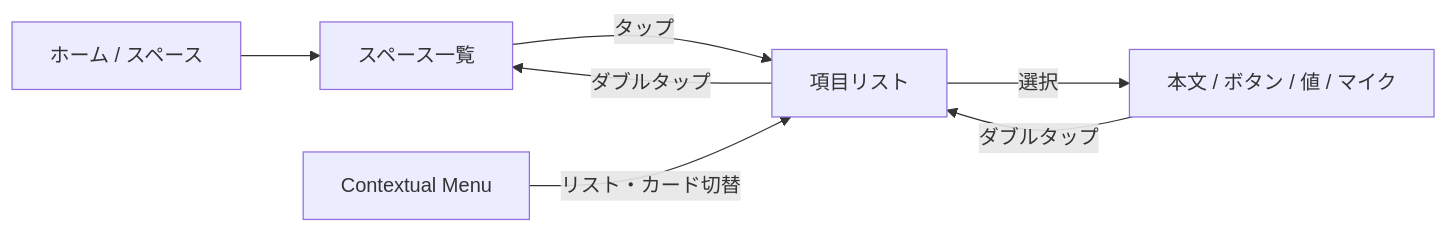
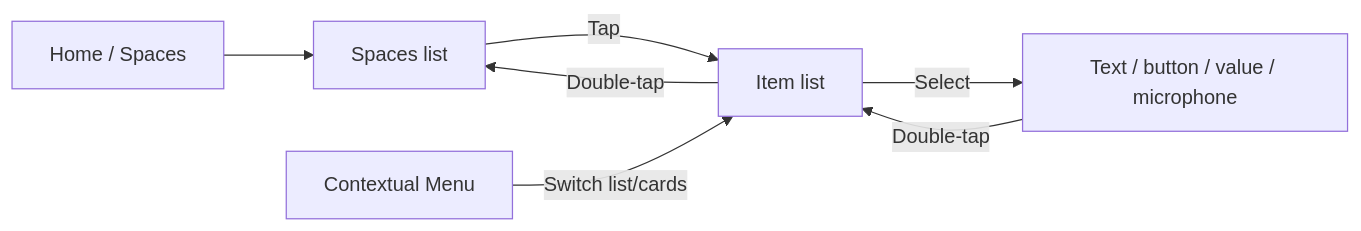
The third of 3 diagrams in docs/relay-setup.md (3mintimer/muse-relay), drawn with Mermaid before and after one commit. The commit also changed other lines of this file and 49 other files, not shown here.

````diff
--- a/docs/relay-setup.md
+++ b/docs/relay-setup.md
@@ -185,9 +187,9 @@
 ```mermaid
 flowchart LR
-  A[ホーム / スペース] --> B[スペース一覧]
-  B -->|タップ| C[項目リスト]
-  C -->|選択| D[本文 / ボタン / 値 / マイク]
-  D -->|ダブルタップ| C
-  C -->|ダブルタップ| B
-  M[Contextual Menu] -->|リスト・カード切替| C
+  A[Home / Spaces] --> B[Spaces list]
+  B -->|Tap| C[Item list]
+  C -->|Select| D[Text / button / value / microphone]
+  D -->|Double-tap| C
+  C -->|Double-tap| B
+  M[Contextual Menu] -->|Switch list/cards| C
 ```
````
